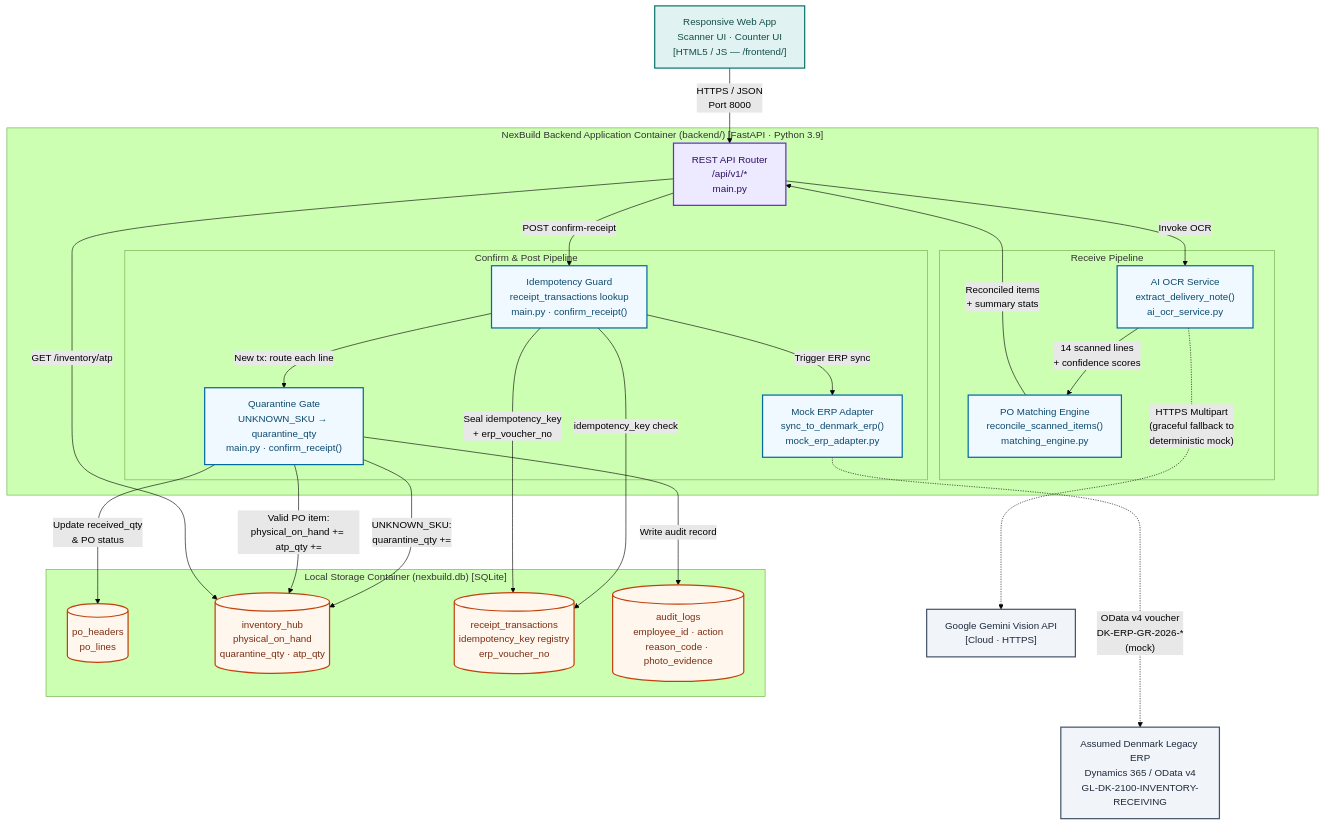
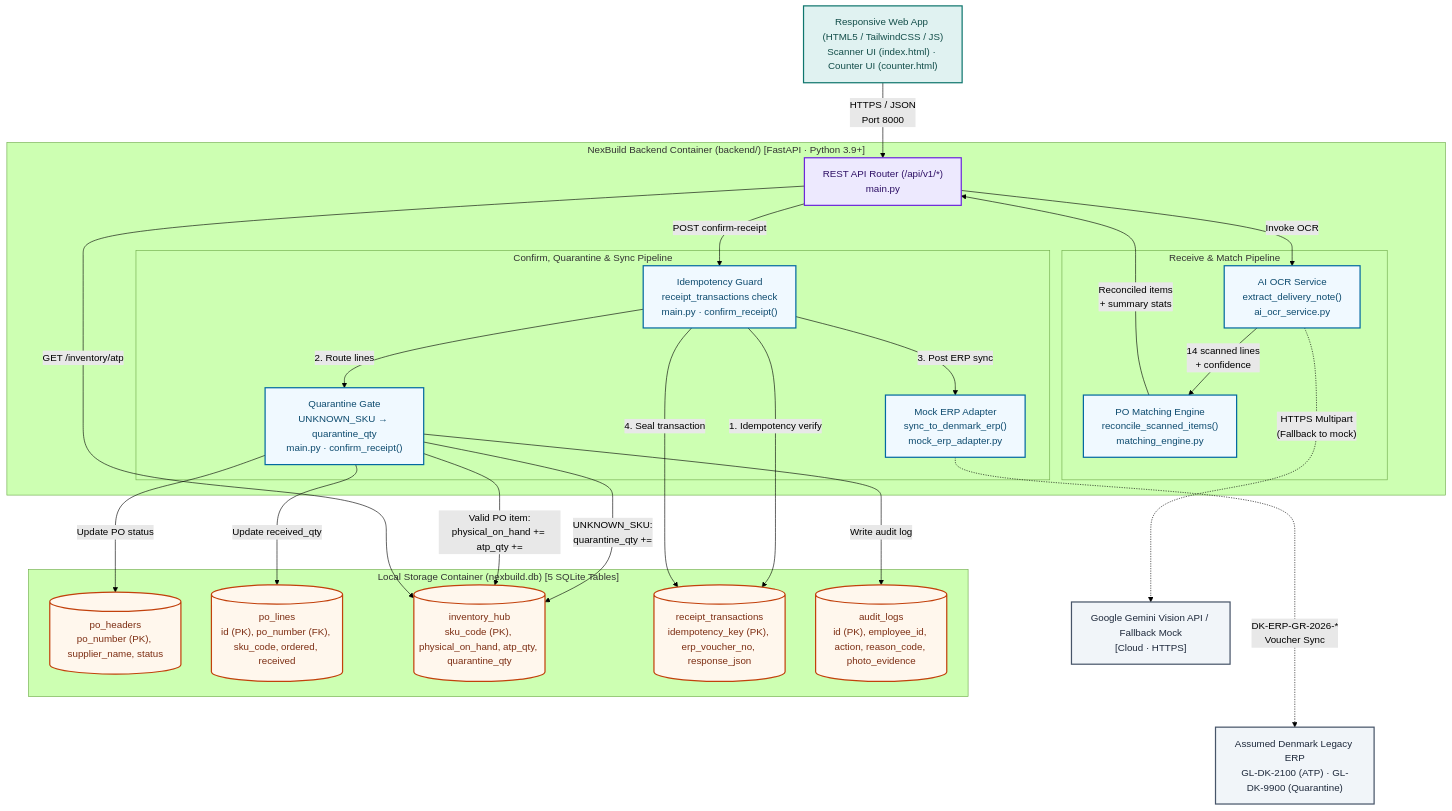
One commit to GiaTranLeHoang/NexBuild-Cloud-Hub-ITConsultantChallenge2026 changed the second of 2 diagrams in deliverables_docs/System_Diagram_Content.md. Above: the diagram before and after it, drawn with Mermaid (forest theme). The commit also changed other lines of this file, not shown here.

Commit message:
docs: Phase 4.5 - refine System_Diagram_Content.md (12-24h lag, 5 SQLite tables, 2-page PDF page break)

````diff
--- a/deliverables_docs/System_Diagram_Content.md
+++ b/deliverables_docs/System_Diagram_Content.md
@@ -89,59 +84,56 @@
 ```mermaid
 flowchart TD
     classDef client   fill:#e0f2f1,stroke:#0f766e,stroke-width:2px,color:#134e4a
     classDef api      fill:#ede9fe,stroke:#6d28d9,stroke-width:2px,color:#2e1065
     classDef service  fill:#f0f9ff,stroke:#0369a1,stroke-width:2px,color:#0c4a6e
     classDef store    fill:#fff7ed,stroke:#c2410c,stroke-width:2px,color:#7c2d12
     classDef external fill:#f1f5f9,stroke:#475569,stroke-width:2px,color:#1e293b
 
-    FE["Responsive Web App\nScanner UI · Counter UI\n[HTML5 / JS — /frontend/]"]:::client
+    FE["Responsive Web App (HTML5 / TailwindCSS / JS)\nScanner UI (index.html) · Counter UI (counter.html)"]:::client
 
-    subgraph backend["NexBuild Backend Application Container  (backend/)  [FastAPI · Python 3.9]"]
-        RT["REST API Router\n/api/v1/*\nmain.py"]:::api
+    subgraph backend["NexBuild Backend Container  (backend/)  [FastAPI · Python 3.9+]"]
+        RT["REST API Router (/api/v1/*)\nmain.py"]:::api
 
-        subgraph pipeline["Receive Pipeline"]
+        subgraph pipeline["Receive & Match Pipeline"]
             OCR["AI OCR Service\nextract_delivery_note()\nai_ocr_service.py"]:::service
             ME["PO Matching Engine\nreconcile_scanned_items()\nmatching_engine.py"]:::service
         end
 
-        subgraph confirm["Confirm & Post Pipeline"]
-            IG["Idempotency Guard\nreceipt_transactions lookup\nmain.py · confirm_receipt()"]:::service
+        subgraph confirm["Confirm, Quarantine & Sync Pipeline"]
+            IG["Idempotency Guard\nreceipt_transactions check\nmain.py · confirm_receipt()"]:::service
             QG["Quarantine Gate\nUNKNOWN_SKU → quarantine_qty\nmain.py · confirm_receipt()"]:::service
             EA["Mock ERP Adapter\nsync_to_denmark_erp()\nmock_erp_adapter.py"]:::service
         end
     end
 
-    subgraph db["Local Storage Container  (nexbuild.db)  [SQLite]"]
-        T1[("po_headers\npo_lines")]:::store
-        T2[("inventory_hub\nphysical_on_hand\nquarantine_qty · atp_qty")]:::store
-        T3[("receipt_transactions\nidempotency_key registry\nerp_voucher_no")]:::store
-        T4[("audit_logs\nemployee_id · action\nreason_code · photo_evidence")]:::store
+    subgraph db["Local Storage Container  (nexbuild.db)  [5 SQLite Tables]"]
+        T1[("po_headers\npo_number (PK), supplier_name, status")]:::store
+        T2[("po_lines\nid (PK), po_number (FK), sku_code, ordered, received")]:::store
+        T3[("inventory_hub\nsku_code (PK), physical_on_hand, atp_qty, quarantine_qty")]:::store
+        T4[("receipt_transactions\nidempotency_key (PK), erp_voucher_no, response_json")]:::store
+        T5[("audit_logs\nid (PK), employee_id, action, reason_code, photo_evidence")]:::store
     end
 
-    DOCAI["Google Gemini Vision API\n[Cloud · HTTPS]"]:::external
-    ERP["Assumed Denmark Legacy ERP\nDynamics 365 / OData v4\nGL-DK-2100-INVENTORY-RECEIVING"]:::external
+    DOCAI["Google Gemini Vision API / Fallback Mock\n[Cloud · HTTPS]"]:::external
+    ERP["Assumed Denmark Legacy ERP\nGL-DK-2100 (ATP) · GL-DK-9900 (Quarantine)"]:::external
 
-    %% Frontend → API
     FE  -->|"HTTPS / JSON\nPort 8000"| RT
-
-    %% Scan pipeline
     RT  -->|"Invoke OCR"| OCR
-    OCR -..->|"HTTPS Multipart\n(graceful fallback to\ndeterministic mock)"| DOCAI
-    OCR -->|"14 scanned lines\n+ confidence scores"| ME
+    OCR -..->|"HTTPS Multipart\n(Fallback to mock)"| DOCAI
+    OCR -->|"14 scanned lines\n+ confidence"| ME
     ME  -->|"Reconciled items\n+ summary stats"| RT
 
-    %% Confirm pipeline
     RT  -->|"POST confirm-receipt"| IG
-    IG  -->|"idempotency_key check"| T3
-    IG  -->|"New tx: route each line"| QG
-    QG  -->|"UNKNOWN_SKU:\nquarantine_qty +="| T2
-    QG  -->|"Valid PO item:\nphysical_on_hand += atp_qty +="| T2
-    QG  -->|"Write audit record"| T4
-    QG  -->|"Update received_qty\n& PO status"| T1
-    IG  -->|"Trigger ERP sync"| EA
-    EA  -..->|"OData v4 voucher\nDK-ERP-GR-2026-*\n(mock)"| ERP
-    IG  -->|"Seal idempotency_key\n+ erp_voucher_no"| T3
+    IG  -->|"1. Idempotency verify"| T4
+    IG  -->|"2. Route lines"| QG
+    QG  -->|"UNKNOWN_SKU:\nquarantine_qty +="| T3
+    QG  -->|"Valid PO item:\nphysical_on_hand += atp_qty +="| T3
+    QG  -->|"Write audit log"| T5
+    QG  -->|"Update PO status"| T1
+    QG  -->|"Update received_qty"| T2
+    IG  -->|"3. Post ERP sync"| EA
+    EA  -..->|"DK-ERP-GR-2026-*\nVoucher Sync"| ERP
+    IG  -->|"4. Seal transaction"| T4
 
-    %% ATP read path
-    RT  -->|"GET /inventory/atp"| T2
+    RT  -->|"GET /inventory/atp"| T3
 ```
````
